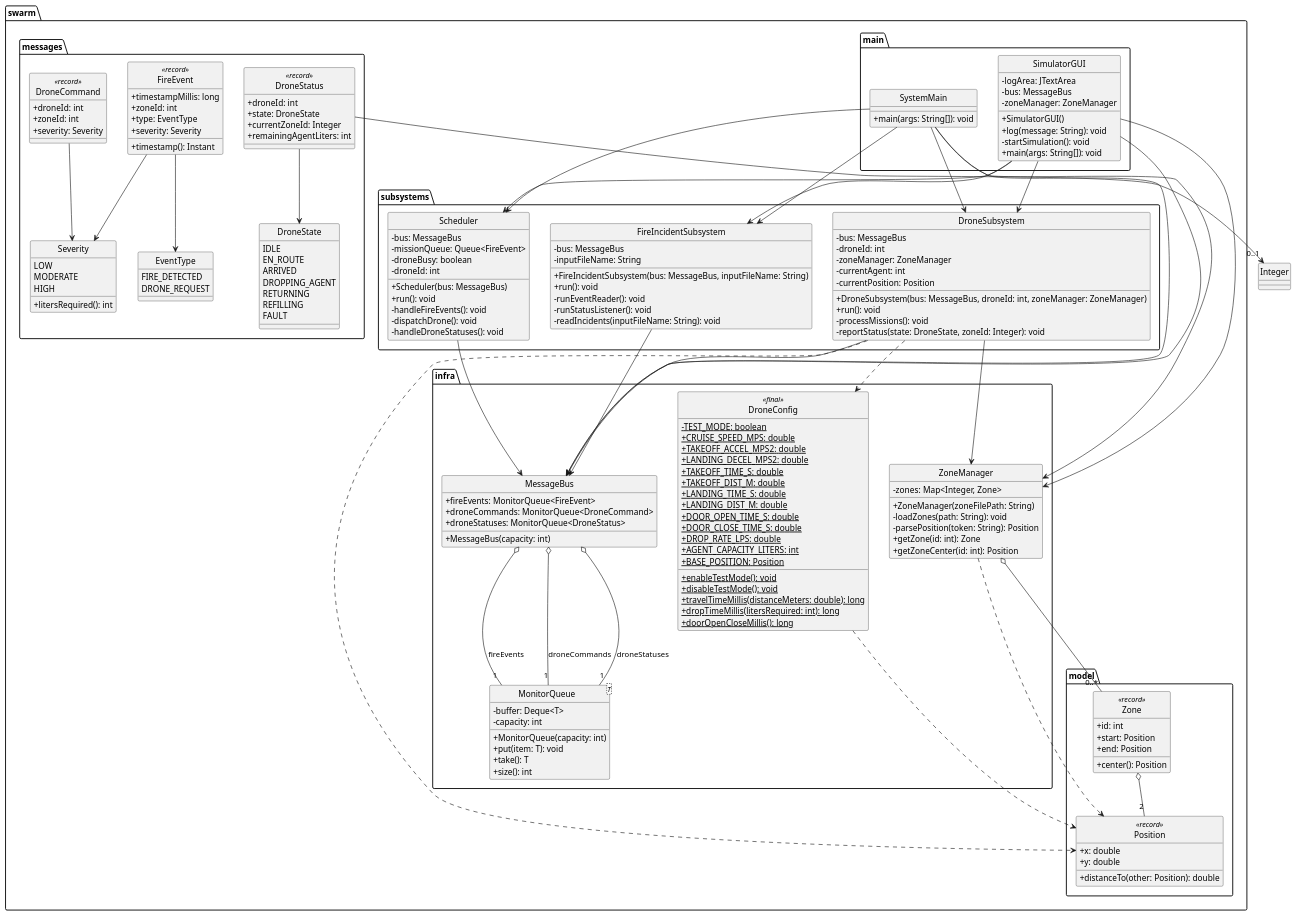
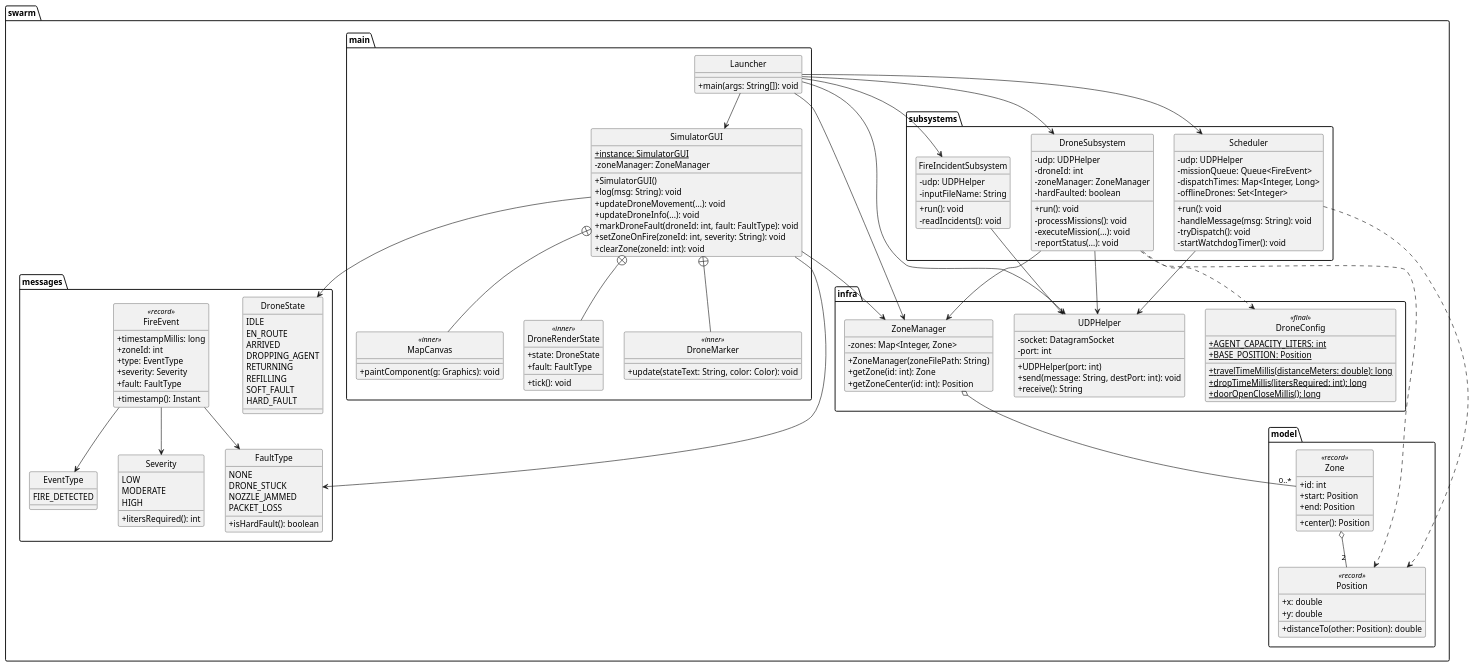
One commit to UMNIYAH/Firefighting-Drone-Swarm changed the diagram in Diagrams/Class Diagram.puml. Above: the diagram before and after it, drawn with PlantUML. The commit also changed 9 other files, not shown here.

Commit message:
- Updated UML

```diff
--- a/Diagrams/Class Diagram.puml
+++ b/Diagrams/Class Diagram.puml
@@ -5,47 +5,24 @@
 ' Packages
 package "swarm.infra" {
   class DroneConfig <<final>> {
-    {static} -TEST_MODE: boolean
-    {static} +CRUISE_SPEED_MPS: double
-    {static} +TAKEOFF_ACCEL_MPS2: double
-    {static} +LANDING_DECEL_MPS2: double
-    {static} +TAKEOFF_TIME_S: double
-    {static} +TAKEOFF_DIST_M: double
-    {static} +LANDING_TIME_S: double
-    {static} +LANDING_DIST_M: double
-    {static} +DOOR_OPEN_TIME_S: double
-    {static} +DOOR_CLOSE_TIME_S: double
-    {static} +DROP_RATE_LPS: double
     {static} +AGENT_CAPACITY_LITERS: int
     {static} +BASE_POSITION: Position
-    {static} +enableTestMode(): void
-    {static} +disableTestMode(): void
     {static} +travelTimeMillis(distanceMeters: double): long
     {static} +dropTimeMillis(litersRequired: int): long
     {static} +doorOpenCloseMillis(): long
   }
 
-  class MessageBus {
-    +fireEvents: MonitorQueue<FireEvent>
-    +droneCommands: MonitorQueue<DroneCommand>
-    +droneStatuses: MonitorQueue<DroneStatus>
-    +MessageBus(capacity: int)
-  }
-
-  class MonitorQueue<T> {
-    -buffer: Deque<T>
-    -capacity: int
-    +MonitorQueue(capacity: int)
-    +put(item: T): void
-    +take(): T
-    +size(): int
+  class UDPHelper {
+    -socket: DatagramSocket
+    -port: int
+    +UDPHelper(port: int)
+    +send(message: String, destPort: int): void
+    +receive(): String
   }
 
   class ZoneManager {
     -zones: Map<Integer, Zone>
     +ZoneManager(zoneFilePath: String)
-    -loadZones(path: String): void
-    -parsePosition(token: String): Position
     +getZone(id: int): Zone
     +getZoneCenter(id: int): Position
   }
@@ -53,25 +30,43 @@
 
 package "swarm.main" {
   class SimulatorGUI {
-    -logArea: JTextArea
-    -bus: MessageBus
+    +{static} instance: SimulatorGUI
     -zoneManager: ZoneManager
     +SimulatorGUI()
-    +log(message: String): void
-    -startSimulation(): void
-    +main(args: String[]): void
+    +log(msg: String): void
+    +updateDroneMovement(...): void
+    +updateDroneInfo(...): void
+    +markDroneFault(droneId: int, fault: FaultType): void
+    +setZoneOnFire(zoneId: int, severity: String): void
+    +clearZone(zoneId: int): void
   }
 
-  class SystemMain {
+  class MapCanvas <<inner>> {
+    +paintComponent(g: Graphics): void
+  }
+
+  class DroneRenderState <<inner>> {
+    +state: DroneState
+    +fault: FaultType
+    +tick(): void
+  }
+
+  class DroneMarker <<inner>> {
+    +update(stateText: String, color: Color): void
+  }
+
+  class Launcher {
     +main(args: String[]): void
   }
 }
 
 package "swarm.messages" {
-  class DroneCommand <<record>> {
-    +droneId: int
-    +zoneId: int
-    +severity: Severity
+  enum FaultType {
+    NONE
+    DRONE_STUCK
+    NOZZLE_JAMMED
+    PACKET_LOSS
+    +isHardFault(): boolean
   }
 
   enum DroneState {
@@ -81,19 +76,12 @@
     DROPPING_AGENT
     RETURNING
     REFILLING
-    FAULT
-  }
-
-  class DroneStatus <<record>> {
-    +droneId: int
-    +state: DroneState
-    +currentZoneId: Integer
-    +remainingAgentLiters: int
+    SOFT_FAULT
+    HARD_FAULT
   }
 
   enum EventType {
     FIRE_DETECTED
-    DRONE_REQUEST
   }
 
   class FireEvent <<record>> {
@@ -101,6 +89,7 @@
     +zoneId: int
     +type: EventType
     +severity: Severity
+    +fault: FaultType
     +timestamp(): Instant
   }
 
@@ -128,80 +117,68 @@
 
 package "swarm.subsystems" {
   class DroneSubsystem {
-    -bus: MessageBus
+    -udp: UDPHelper
     -droneId: int
     -zoneManager: ZoneManager
-    -currentAgent: int
-    -currentPosition: Position
-    +DroneSubsystem(bus: MessageBus, droneId: int, zoneManager: ZoneManager)
+    -hardFaulted: boolean
     +run(): void
     -processMissions(): void
-    -reportStatus(state: DroneState, zoneId: Integer): void
+    -executeMission(...): void
+    -reportStatus(...): void
   }
 
   class FireIncidentSubsystem {
-    -bus: MessageBus
+    -udp: UDPHelper
     -inputFileName: String
-    +FireIncidentSubsystem(bus: MessageBus, inputFileName: String)
     +run(): void
-    -runEventReader(): void
-    -runStatusListener(): void
-    -readIncidents(inputFileName: String): void
+    -readIncidents(): void
   }
 
   class Scheduler {
-    -bus: MessageBus
+    -udp: UDPHelper
     -missionQueue: Queue<FireEvent>
-    -droneBusy: boolean
-    -droneId: int
-    +Scheduler(bus: MessageBus)
+    -dispatchTimes: Map<Integer, Long>
+    -offlineDrones: Set<Integer>
     +run(): void
-    -handleFireEvents(): void
-    -dispatchDrone(): void
-    -handleDroneStatuses(): void
+    -handleMessage(msg: String): void
+    -tryDispatch(): void
+    -startWatchdogTimer(): void
   }
 }
 
-' Dependencies
-SystemMain --> MessageBus
-SystemMain --> ZoneManager
-SystemMain --> FireIncidentSubsystem
-SystemMain --> Scheduler
-SystemMain --> DroneSubsystem
+' Dependencies & Relationships
+Launcher --> UDPHelper
+Launcher --> ZoneManager
+Launcher --> FireIncidentSubsystem
+Launcher --> Scheduler
+Launcher --> DroneSubsystem
+Launcher --> SimulatorGUI
 
-SimulatorGUI --> MessageBus
-SimulatorGUI --> ZoneManager
-SimulatorGUI --> FireIncidentSubsystem
-SimulatorGUI --> Scheduler
-SimulatorGUI --> DroneSubsystem
+' Inner Classes
+SimulatorGUI +-- MapCanvas
+SimulatorGUI +-- DroneRenderState
+SimulatorGUI +-- DroneMarker
 
-' MessageBus owns the queues
-MessageBus o-- "1" MonitorQueue : fireEvents
-MessageBus o-- "1" MonitorQueue : droneCommands
-MessageBus o-- "1" MonitorQueue : droneStatuses
+' Subsystems use UDP for communication
+FireIncidentSubsystem --> UDPHelper
+Scheduler --> UDPHelper
+DroneSubsystem --> UDPHelper
 
-' Subsystems use the bus
-FireIncidentSubsystem --> MessageBus
-Scheduler --> MessageBus
-DroneSubsystem --> MessageBus
-
-' DroneSubsystem uses zone + config + position
+' Domain Models
 DroneSubsystem --> ZoneManager
 DroneSubsystem ..> DroneConfig
 DroneSubsystem ..> Position
+Scheduler ..> Position
 
-' Zone management model
 ZoneManager o-- "0..*" Zone
-ZoneManager ..> Position
 Zone o-- "2" Position
 
-' Messages dependencies
-DroneCommand --> Severity
-DroneStatus --> DroneState
-DroneStatus --> "0..1" Integer
 FireEvent --> EventType
 FireEvent --> Severity
+FireEvent --> FaultType
 
-DroneConfig ..> Position
+SimulatorGUI --> DroneState
+SimulatorGUI --> FaultType
+SimulatorGUI --> ZoneManager
 
 @enduml
```
